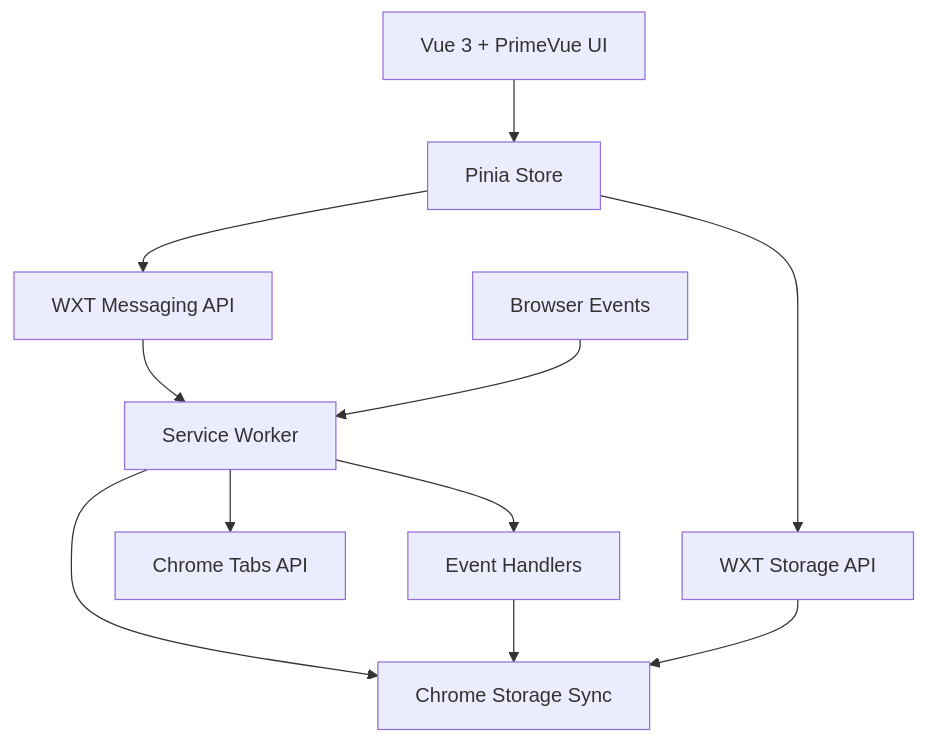
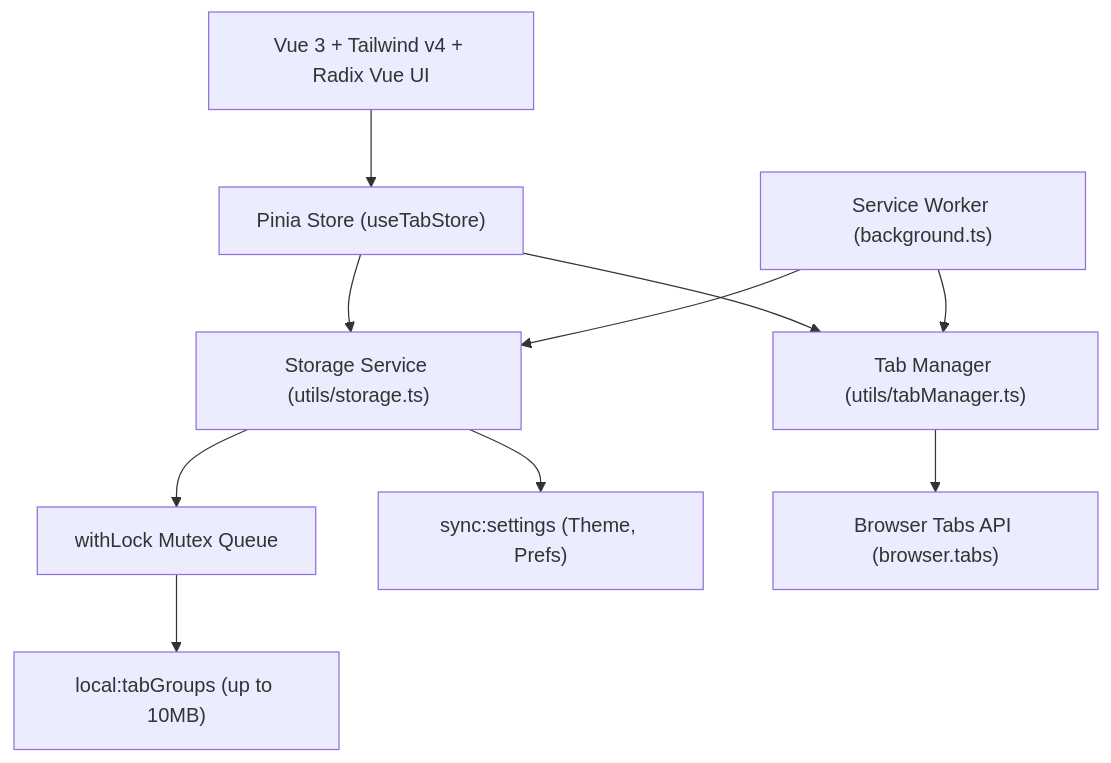
One commit to topos-lab/packtabs-extension changed the diagram in docs/specs/tab-group-manager/design.md. Above: the diagram before and after it, drawn with Mermaid. The commit also changed other lines of this file and 8 other files, not shown here.

Commit message:
docs: sync architecture, requirements, design, tasks, and readme; add JSDoc and tests

````diff
--- a/docs/specs/tab-group-manager/design.md
+++ b/docs/specs/tab-group-manager/design.md
@@ -118,16 +66,12 @@
 ```mermaid
-graph TB
-    A[Vue 3 + PrimeVue UI] --> B[Pinia Store]
-    B --> C[WXT Storage API]
-    B --> D[WXT Messaging API]
-
-    D --> E[Service Worker]
-    E --> F[Chrome Tabs API]
-    E --> G[Chrome Storage Sync]
-
-    H[Browser Events] --> E
-    E --> I[Event Handlers]
-    I --> G
-
-    C --> G
+graph TD
+    A["Vue 3 + Tailwind v4 + Radix Vue UI"] --> B["Pinia Store (useTabStore)"]
+    B --> C["Storage Service (utils/storage.ts)"]
+    B --> D["Tab Manager (utils/tabManager.ts)"]
+    C --> E["withLock Mutex Queue"]
+    E --> F["local:tabGroups (up to 10MB)"]
+    C --> G["sync:settings (Theme, Prefs)"]
+    H["Service Worker (background.ts)"] --> C
+    H --> D
+    D --> I["Browser Tabs API (browser.tabs)"]
 ```
````
